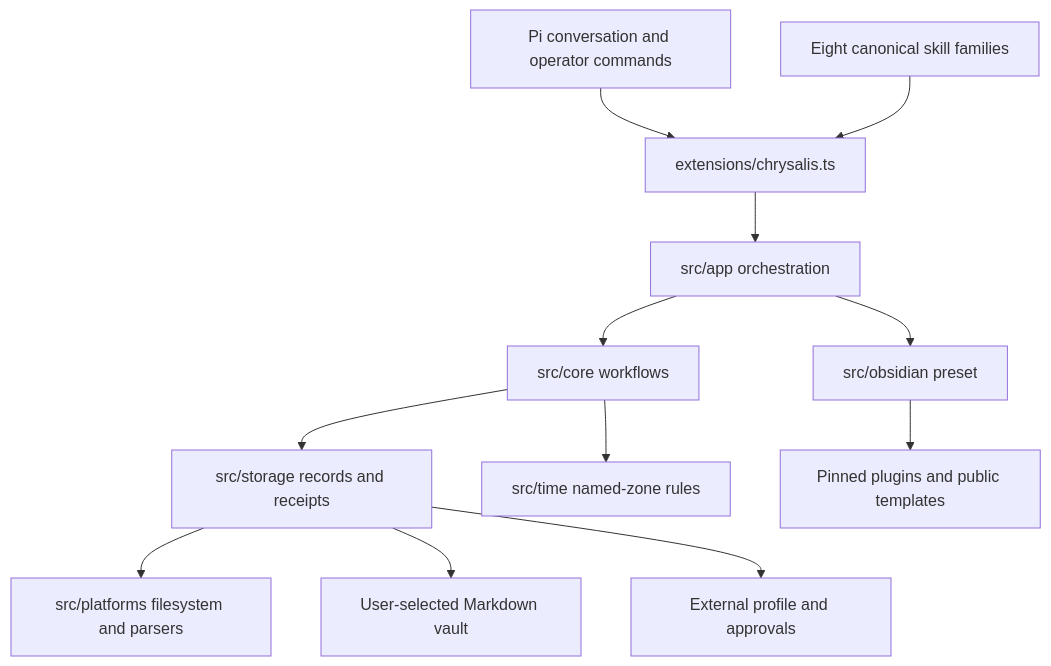
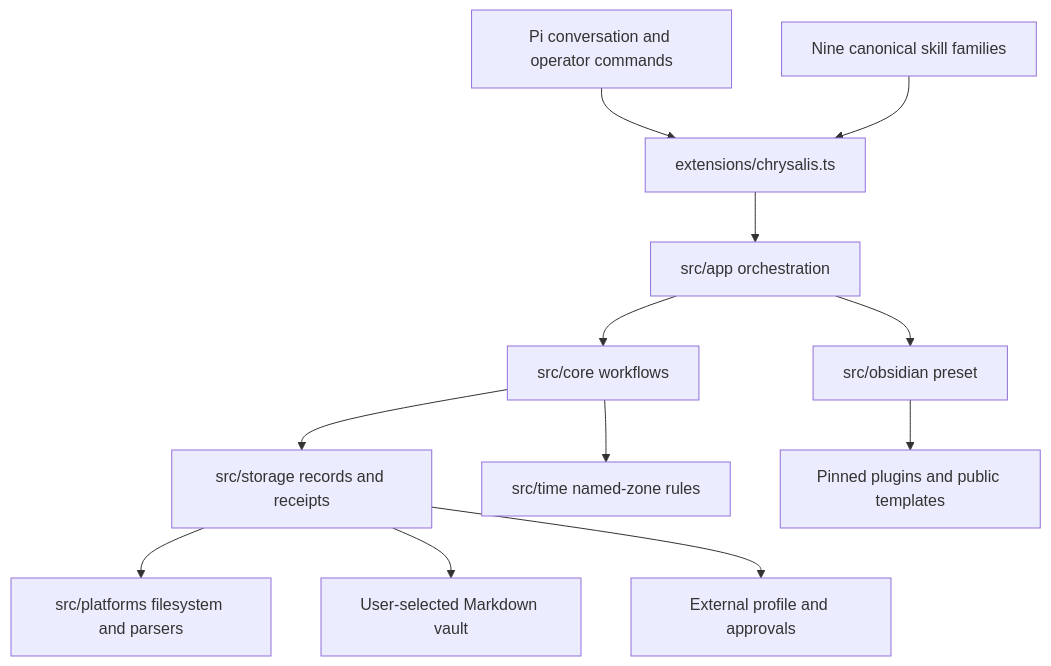
The first of 8 diagrams in ARCHITECTURE.md (tama-gucci/chrysalis), drawn with Mermaid before and after one commit. The commit also changed other lines of this file and 38 other files, not shown here.

````diff
--- a/ARCHITECTURE.md
+++ b/ARCHITECTURE.md
@@ -11,14 +11,14 @@
 ```mermaid
 flowchart TD
     Pi[Pi conversation and operator commands] --> Adapter[extensions/chrysalis.ts]
-    Skills[Eight canonical skill families] --> Adapter
+    Skills[Nine canonical skill families] --> Adapter
     Adapter --> App[src/app orchestration]
     App --> Core[src/core workflows]
     App --> Preset[src/obsidian preset]
     Core --> Storage[src/storage records and receipts]
     Preset --> Resources[Pinned plugins and public templates]
     Storage --> Platform[src/platforms filesystem and parsers]
     Storage --> Vault[User-selected Markdown vault]
     Storage --> Local[External profile and approvals]
     Core --> Time[src/time named-zone rules]
 ```
````
